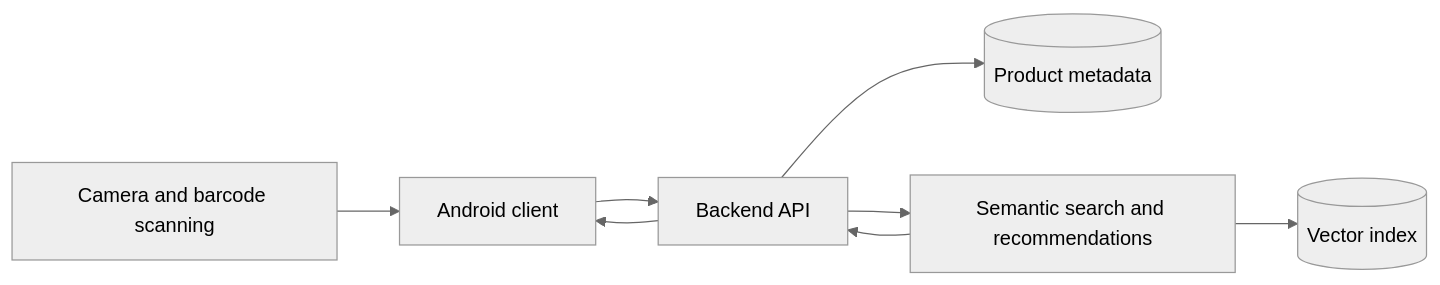
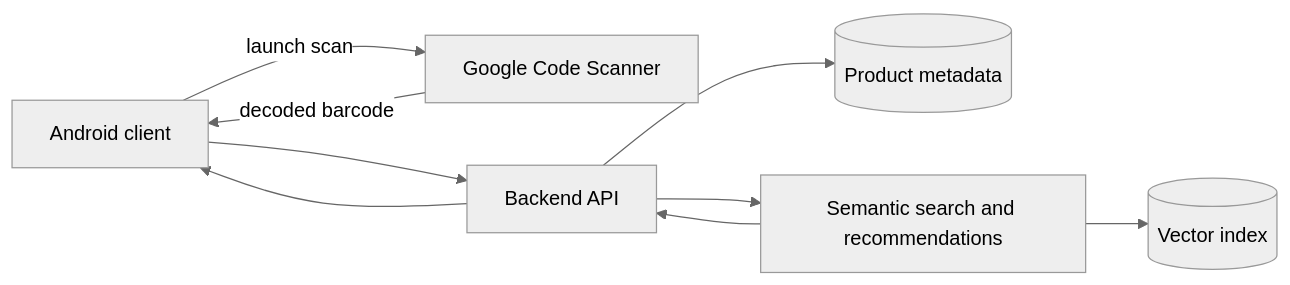
One commit to mikelandjelos/asap-app changed the diagram in docs/ARCHITECTURE.md. Above: the diagram before and after it, drawn with Mermaid (neutral theme). The commit also changed other lines of this file and 18 other files, not shown here.

````diff
--- a/docs/ARCHITECTURE.md
+++ b/docs/ARCHITECTURE.md
@@ -9,10 +9,11 @@
 ```mermaid
 flowchart LR
-    Camera[Camera and barcode scanning] --> Mobile[Android client]
+    Mobile[Android client] -->|launch scan| Scanner[Google Code Scanner]
+    Scanner -->|decoded barcode| Mobile
     Mobile --> API[Backend API]
     API --> Products[(Product metadata)]
     API --> Recommender[Semantic search and recommendations]
     Recommender --> Vectors[(Vector index)]
     Recommender --> API
     API --> Mobile
 ```
````
